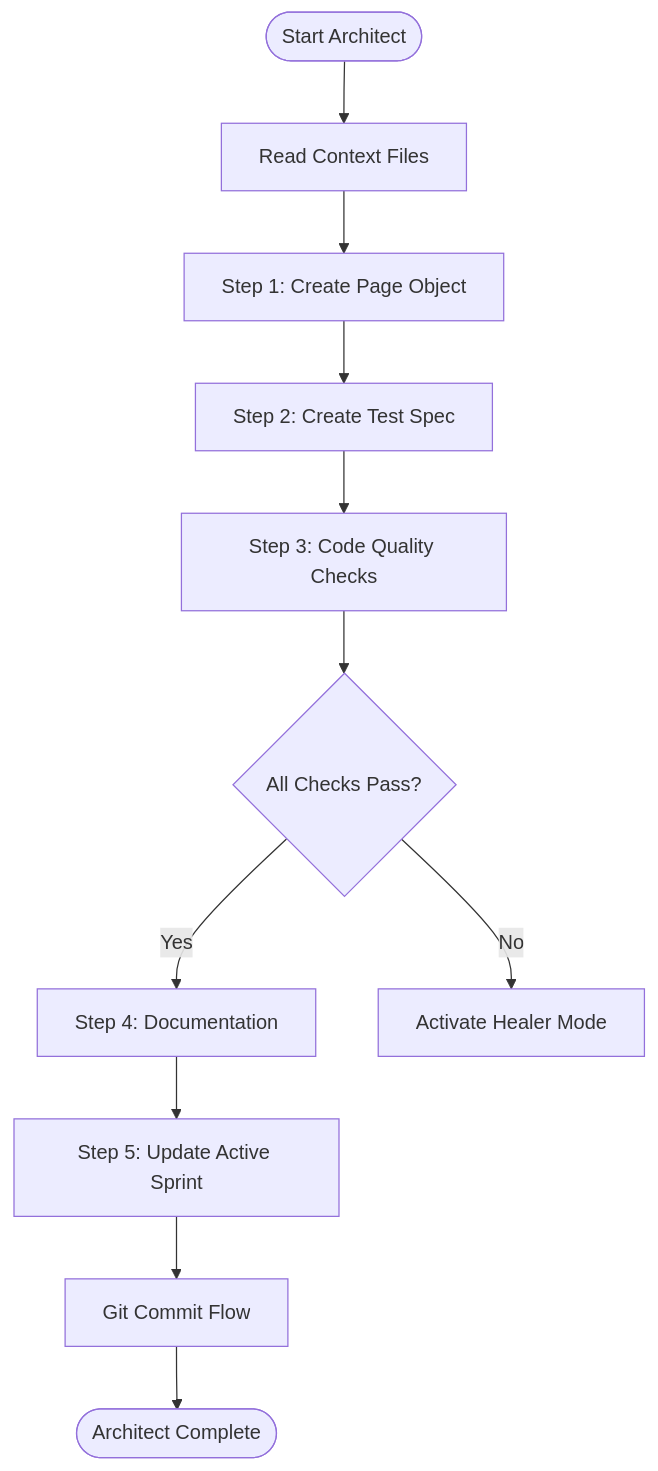
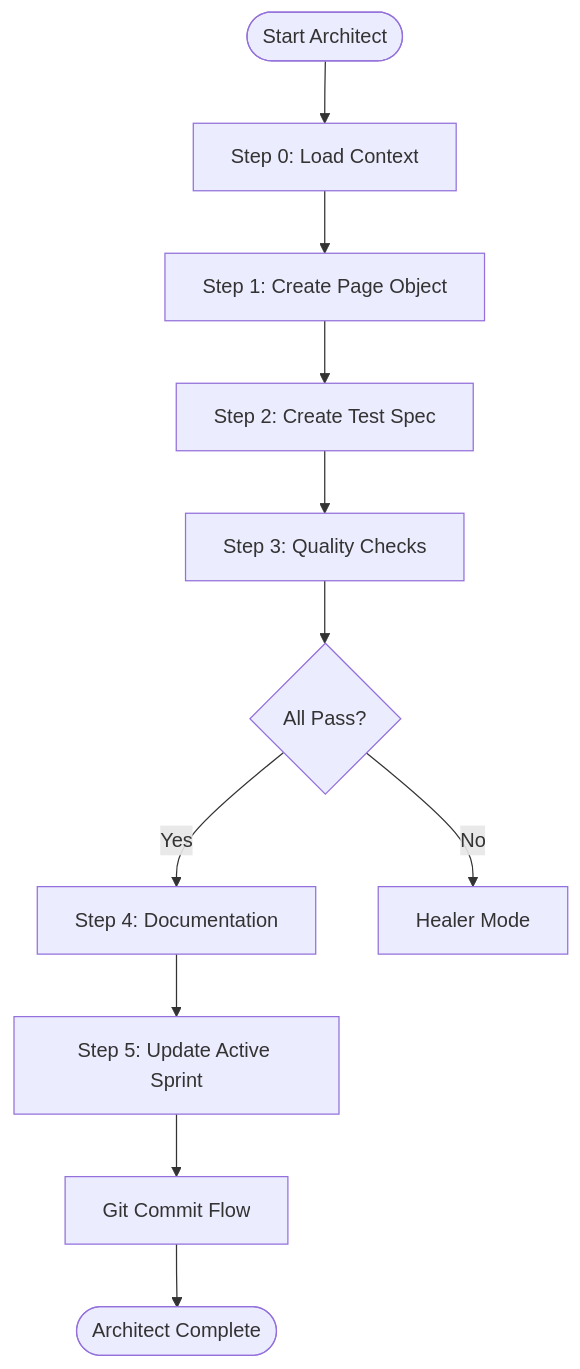
The first of 2 diagrams in .ai/1_CONTEXT/workflow/03_architect.md (yashwant-das/smart-playwright-agent-protocol), drawn with Mermaid before and after one commit. The commit also changed other lines of this file and 7 other files, not shown here.

````diff
--- a/.ai/1_CONTEXT/workflow/03_architect.md
+++ b/.ai/1_CONTEXT/workflow/03_architect.md
@@ -15,13 +15,13 @@
 ```mermaid
 flowchart TD
-    Start([Start Architect]) --> Context[Read Context Files]
+    Start([Start Architect]) --> Context[Step 0: Load Context]
     Context --> PO[Step 1: Create Page Object]
     PO --> Test[Step 2: Create Test Spec]
-    Test --> Quality[Step 3: Code Quality Checks]
-    Quality --> Pass{All Checks Pass?}
-    Pass -->|Yes| Doc[Step 4: Documentation]
-    Pass -->|No| Healer[Activate Healer Mode]
+    Test --> Quality[Step 3: Quality Checks]
+    Quality --> Check{All Pass?}
+    Check -->|Yes| Doc[Step 4: Documentation]
+    Check -->|No| Healer[Healer Mode]
     Doc --> Sprint[Step 5: Update Active Sprint]
     Sprint --> Git[Git Commit Flow]
     Git --> Done([Architect Complete])
 ```
````
